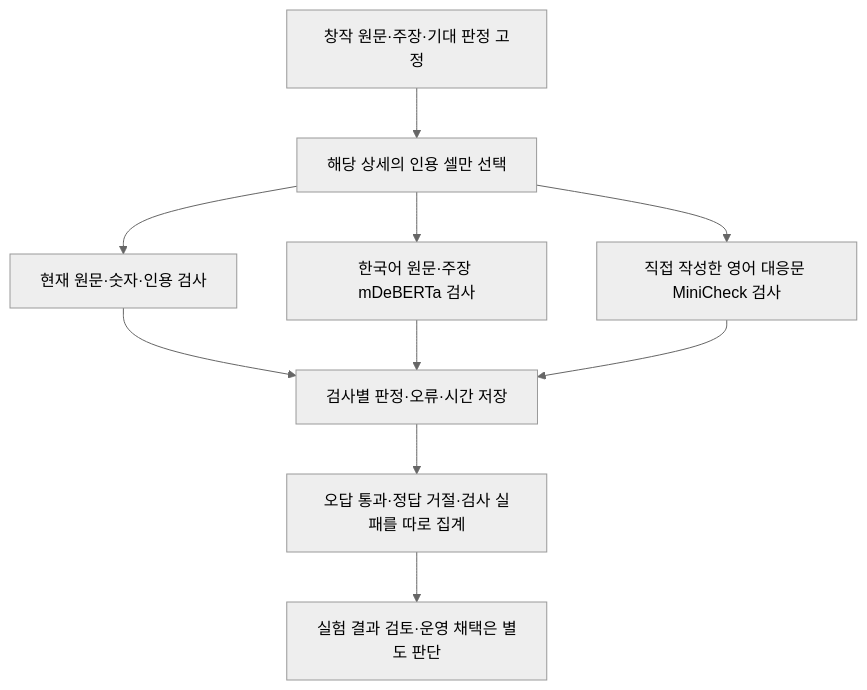
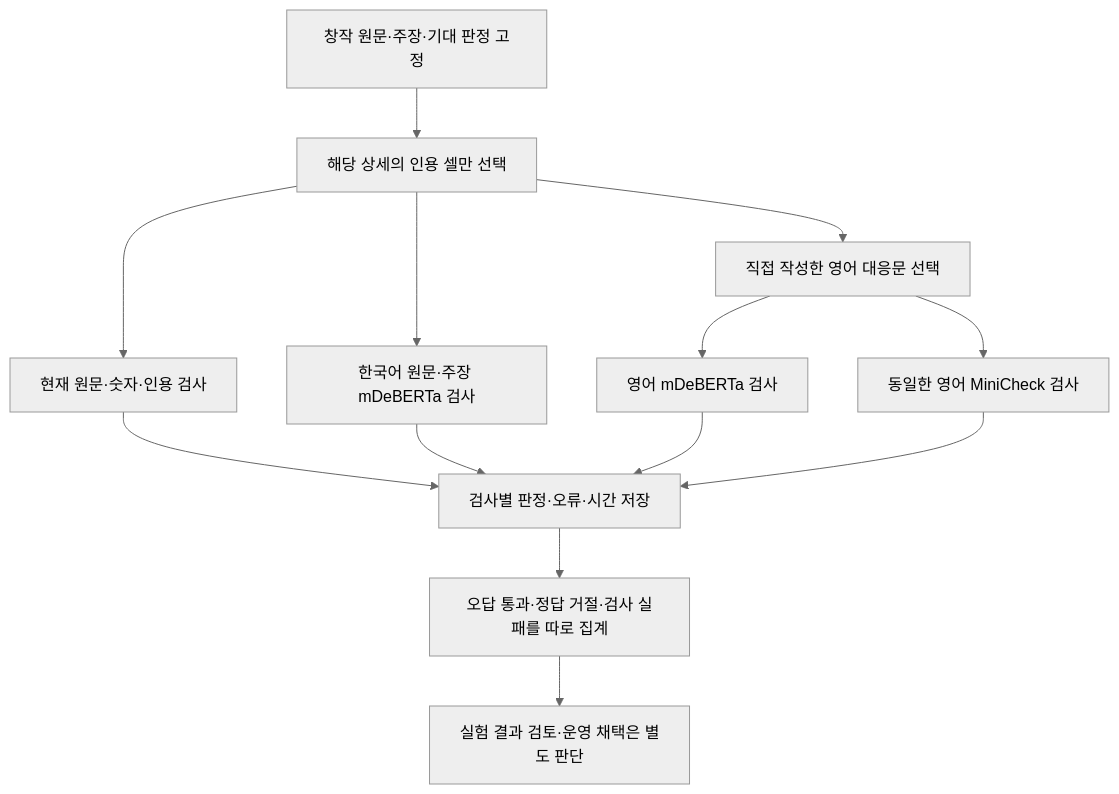
Before and after one commit to pmh10401/cs-excel-rag: the diagram in docs/공개모델-근거검사-실험-20261001.md, drawn with Mermaid (neutral theme). The commit also changed other lines of this file and 5 other files, not shown here.

````diff
--- a/docs/공개모델-근거검사-실험-20261001.md
+++ b/docs/공개모델-근거검사-실험-20261001.md
@@ -18,12 +18,15 @@
 ```mermaid
 flowchart TD
     A[창작 원문·주장·기대 판정 고정] --> B[해당 상세의 인용 셀만 선택]
     B --> C[현재 원문·숫자·인용 검사]
     B --> D[한국어 원문·주장 mDeBERTa 검사]
-    B --> E[직접 작성한 영어 대응문 MiniCheck 검사]
+    B --> E[직접 작성한 영어 대응문 선택]
+    E --> I[영어 mDeBERTa 검사]
+    E --> J[동일한 영어 MiniCheck 검사]
     C --> F[검사별 판정·오류·시간 저장]
     D --> F
-    E --> F
+    I --> F
+    J --> F
     F --> G[오답 통과·정답 거절·검사 실패를 따로 집계]
     G --> H[실험 결과 검토·운영 채택은 별도 판단]
 ```
````
